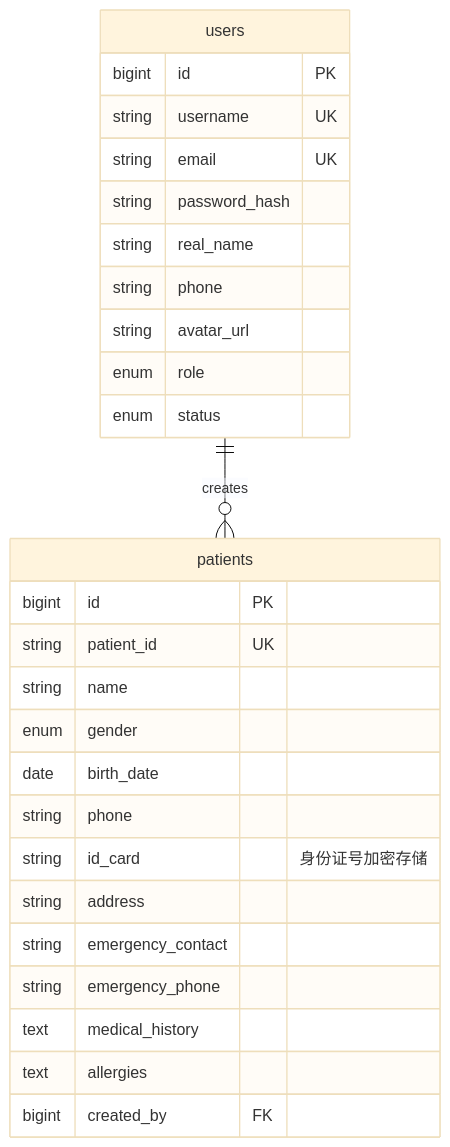
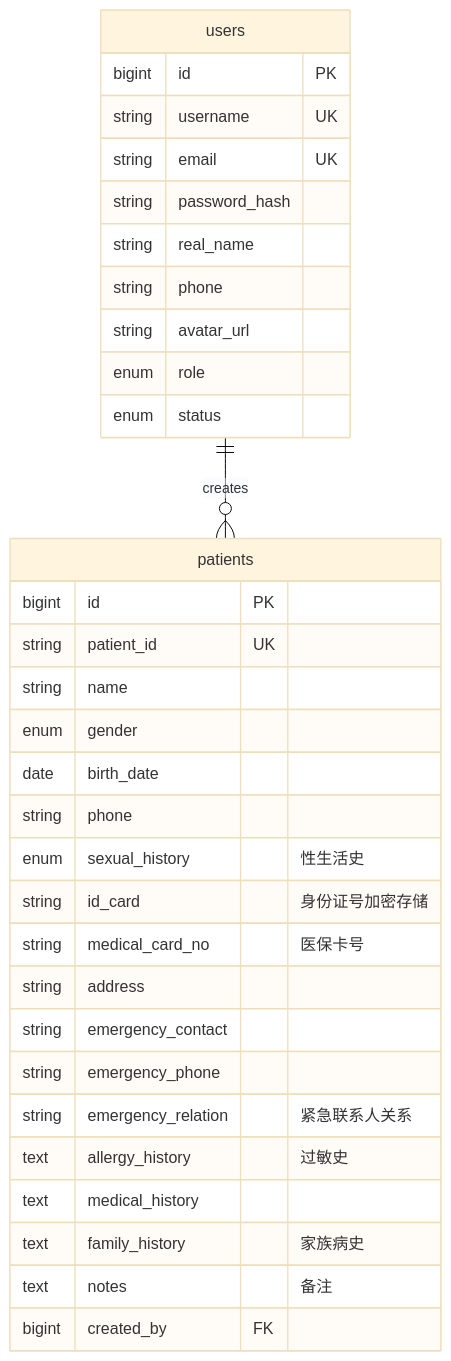
One commit to xingranya/CervixDetectAI changed the diagram in wiki/数据库设计/表结构/患者表 (patients).md. Above: the diagram before and after it, drawn with Mermaid (base theme). The commit also changed other lines of this file and 9 other files, not shown here.

````diff
--- a/wiki/数据库设计/表结构/患者表 (patients).md
+++ b/wiki/数据库设计/表结构/患者表 (patients).md
@@ -74,30 +79,35 @@
 ```mermaid
 erDiagram
 users {
 bigint id PK
 string username UK
 string email UK
 string password_hash
 string real_name
 string phone
 string avatar_url
 enum role
 enum status
 }
 patients {
 bigint id PK
 string patient_id UK
 string name
 enum gender
 date birth_date
 string phone
+enum sexual_history "性生活史"
 string id_card "身份证号加密存储"
+string medical_card_no "医保卡号"
 string address
 string emergency_contact
 string emergency_phone
+string emergency_relation "紧急联系人关系"
+text allergy_history "过敏史"
 text medical_history
-text allergies
+text family_history "家族病史"
+text notes "备注"
 bigint created_by FK
 }
 users ||--o{ patients : "creates"
 ```
````
